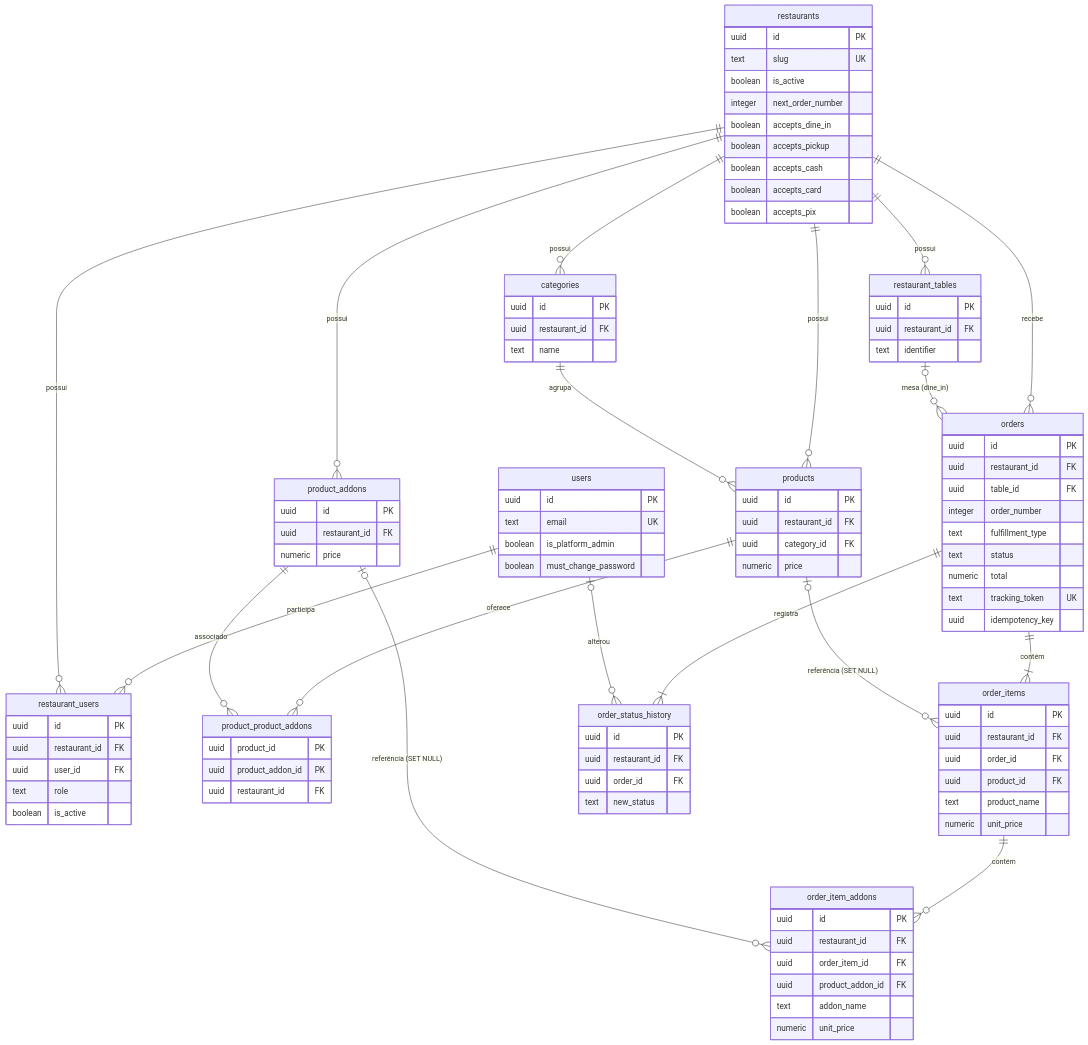
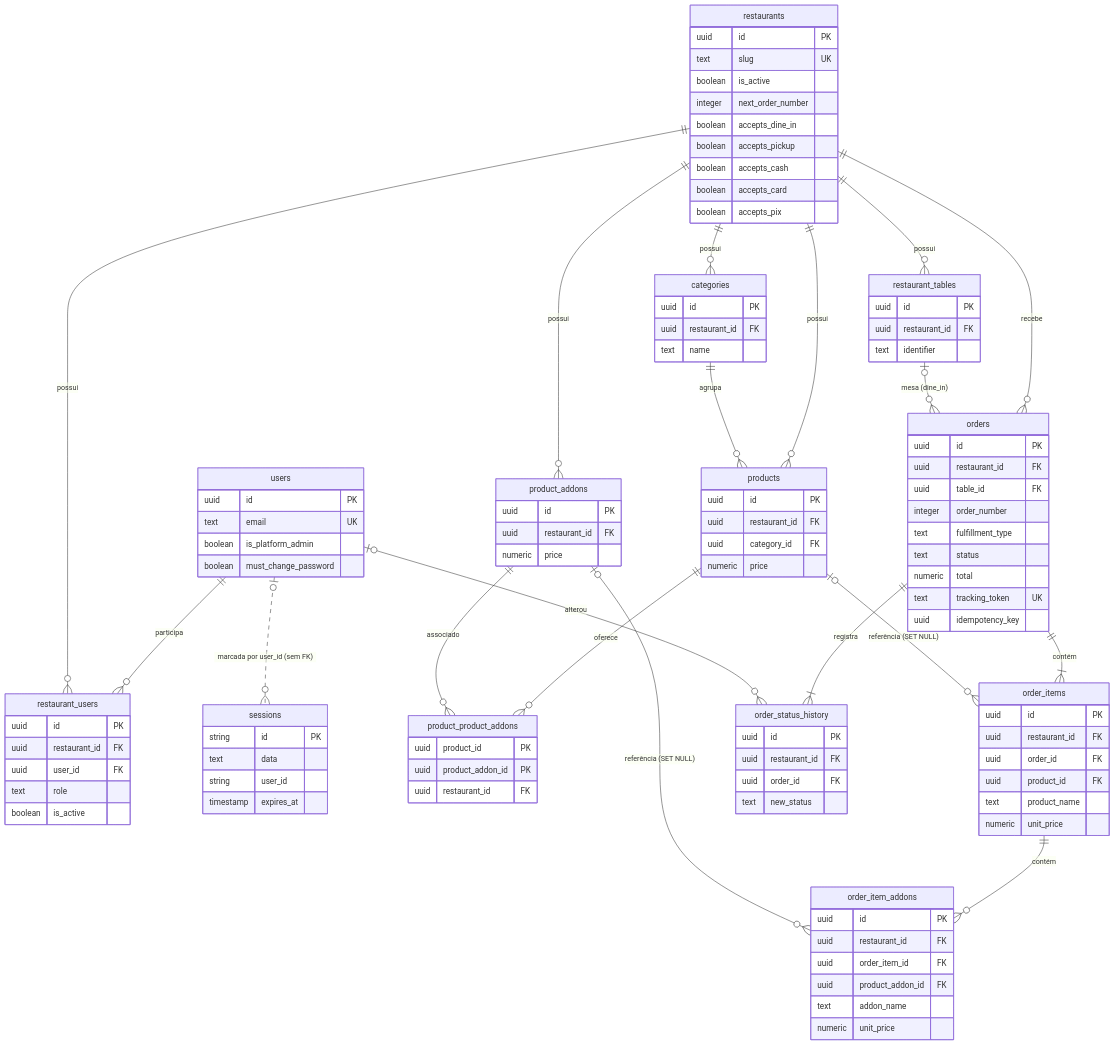
One commit to jeuchaves/cardapio-online changed the diagram in docs/ROADMAP.md. Above: the diagram before and after it, drawn with Mermaid. The commit also changed other lines of this file and 4 other files, not shown here.

First line of the commit message:
📝 docs(fase-0): aprova roadmap, ADRs e .gitignore

````diff
--- a/docs/ROADMAP.md
+++ b/docs/ROADMAP.md
@@ -67,6 +67,7 @@
 ```mermaid
 erDiagram
     users ||--o{ restaurant_users : "participa"
+    users |o..o{ sessions : "marcada por user_id (sem FK)"
     restaurants ||--o{ restaurant_users : "possui"
     restaurants ||--o{ categories : "possui"
     restaurants ||--o{ products : "possui"
@@ -88,6 +89,10 @@
         text email UK
         boolean is_platform_admin
         boolean must_change_password }
+    sessions { string id PK
+        text data
+        string user_id
+        timestamp expires_at }
     restaurants { uuid id PK
         text slug UK
         boolean is_active
````
